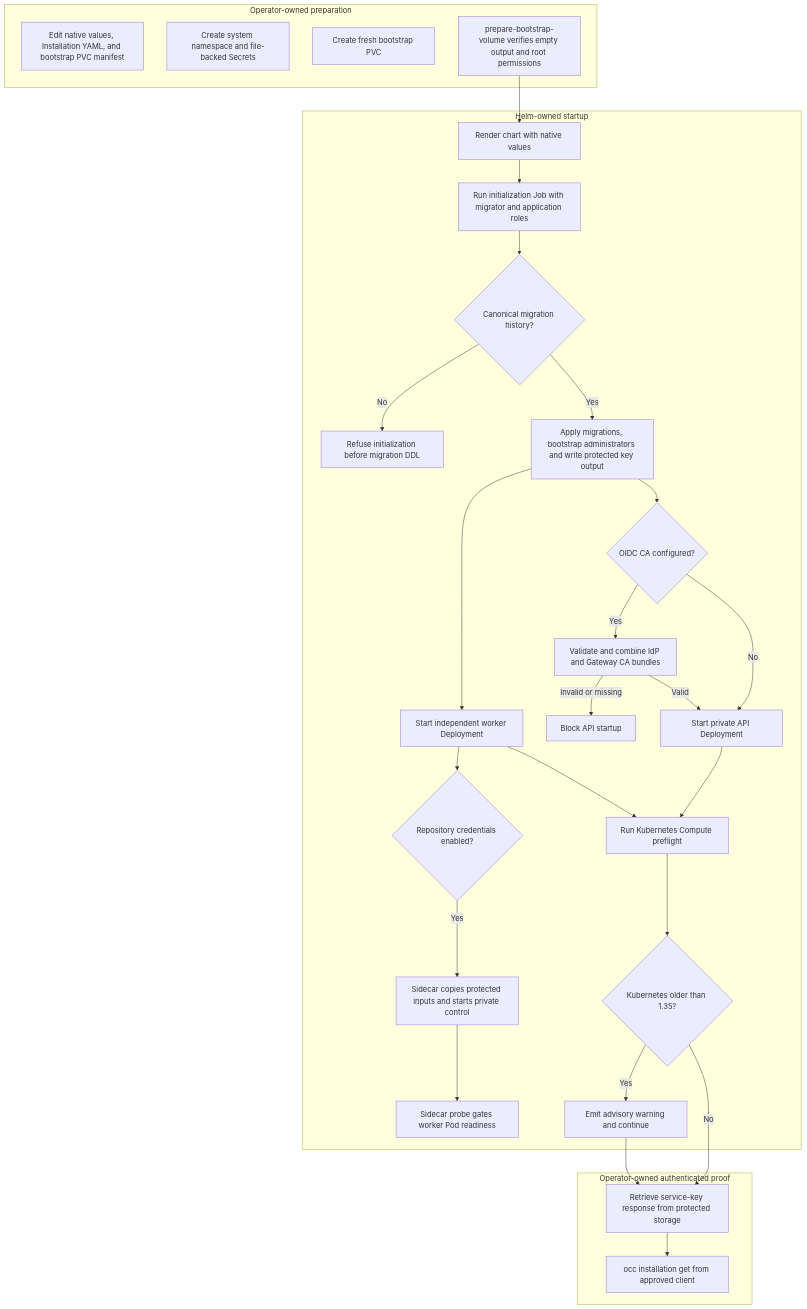
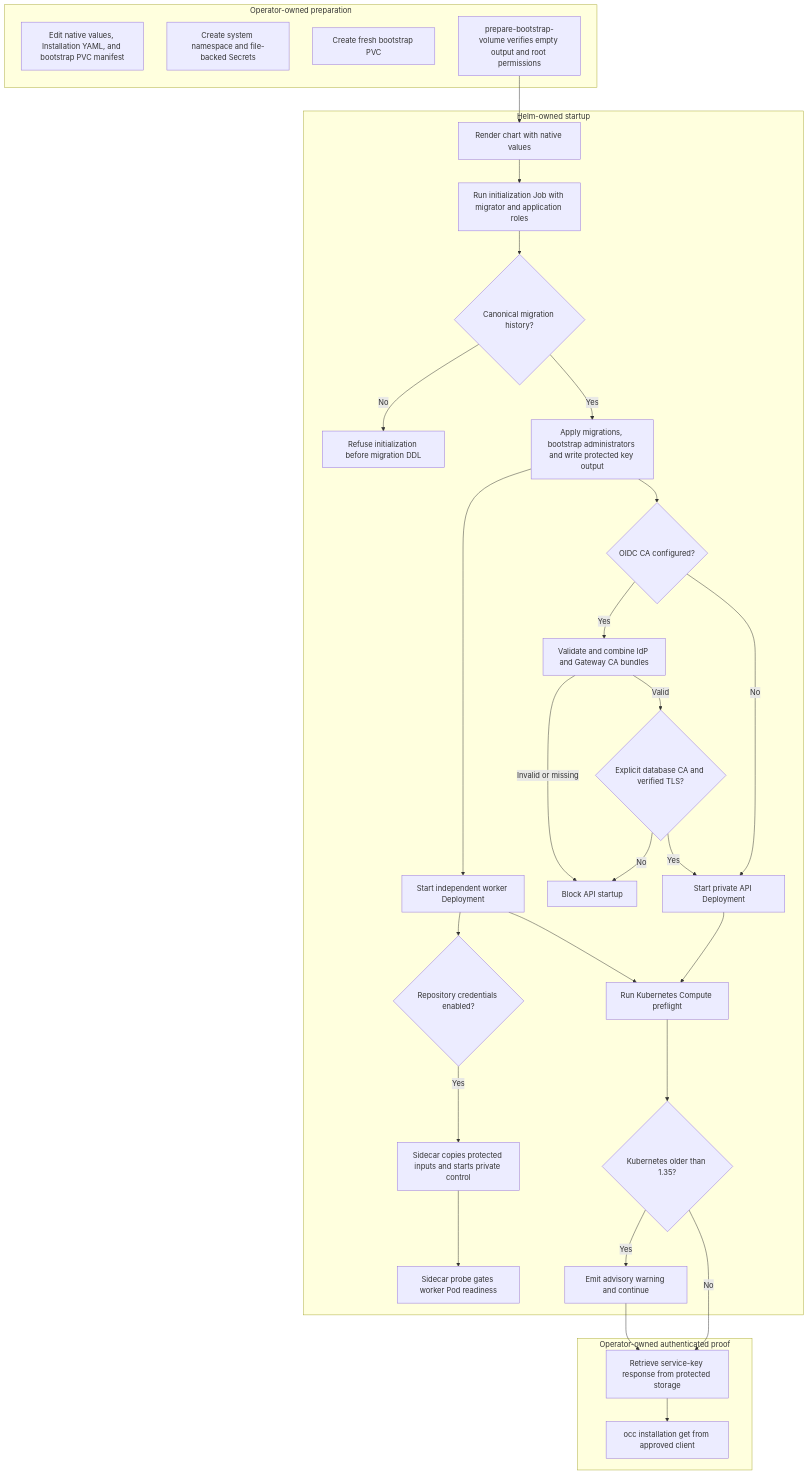
One commit to openclaw/openclaw-enterprise changed the diagram in docs/flows/production-startup.md. Above: the diagram before and after it, drawn with Mermaid. The commit also changed other lines of this file and 11 other files, not shown here.

````diff
--- a/docs/flows/production-startup.md
+++ b/docs/flows/production-startup.md
@@ -37,34 +37,36 @@
 ```mermaid
 graph TD
     subgraph Operator["Operator-owned preparation"]
         A["Edit native values, Installation YAML, and bootstrap PVC manifest"]
         B["Create system namespace and file-backed Secrets"]
         C["Create fresh bootstrap PVC"]
         D["prepare-bootstrap-volume verifies empty output and root permissions"]
     end
     subgraph Helm["Helm-owned startup"]
         D --> E["Render chart with native values"]
         E --> F["Run initialization Job with migrator and application roles"]
         F --> O{"Canonical migration history?"}
         O -->|No| P["Refuse initialization before migration DDL"]
         O -->|Yes| G["Apply migrations, bootstrap administrators and write protected key output"]
         G --> CA{"OIDC CA configured?"}
         CA -->|No| H["Start private API Deployment"]
         CA -->|Yes| CB["Validate and combine IdP and Gateway CA bundles"]
-        CB -->|Valid| H
+        CB -->|Valid| DB{"Explicit database CA and verified TLS?"}
+        DB -->|Yes| H
+        DB -->|No| CF
         CB -->|Invalid or missing| CF["Block API startup"]
         G --> I["Start independent worker Deployment"]
         I --> R{"Repository credentials enabled?"}
         R -->|Yes| S["Sidecar copies protected inputs and starts private control"]
         S --> Q["Sidecar probe gates worker Pod readiness"]
         H --> L["Run Kubernetes Compute preflight"]
         I --> L
         L --> M{"Kubernetes older than 1.35?"}
         M -->|Yes| N["Emit advisory warning and continue"]
     end
     subgraph Proof["Operator-owned authenticated proof"]
         M -->|No| J["Retrieve service-key response from protected storage"]
         N --> J
         J --> K["occ installation get from approved client"]
     end
 ```
````
